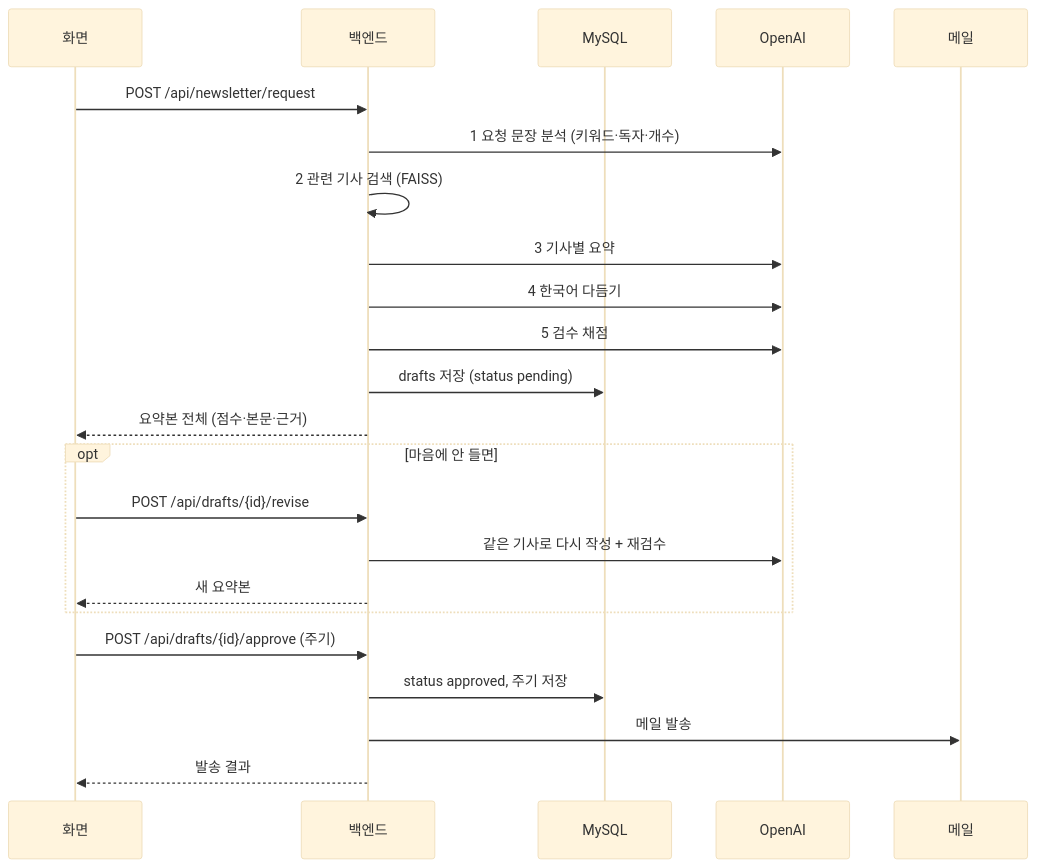
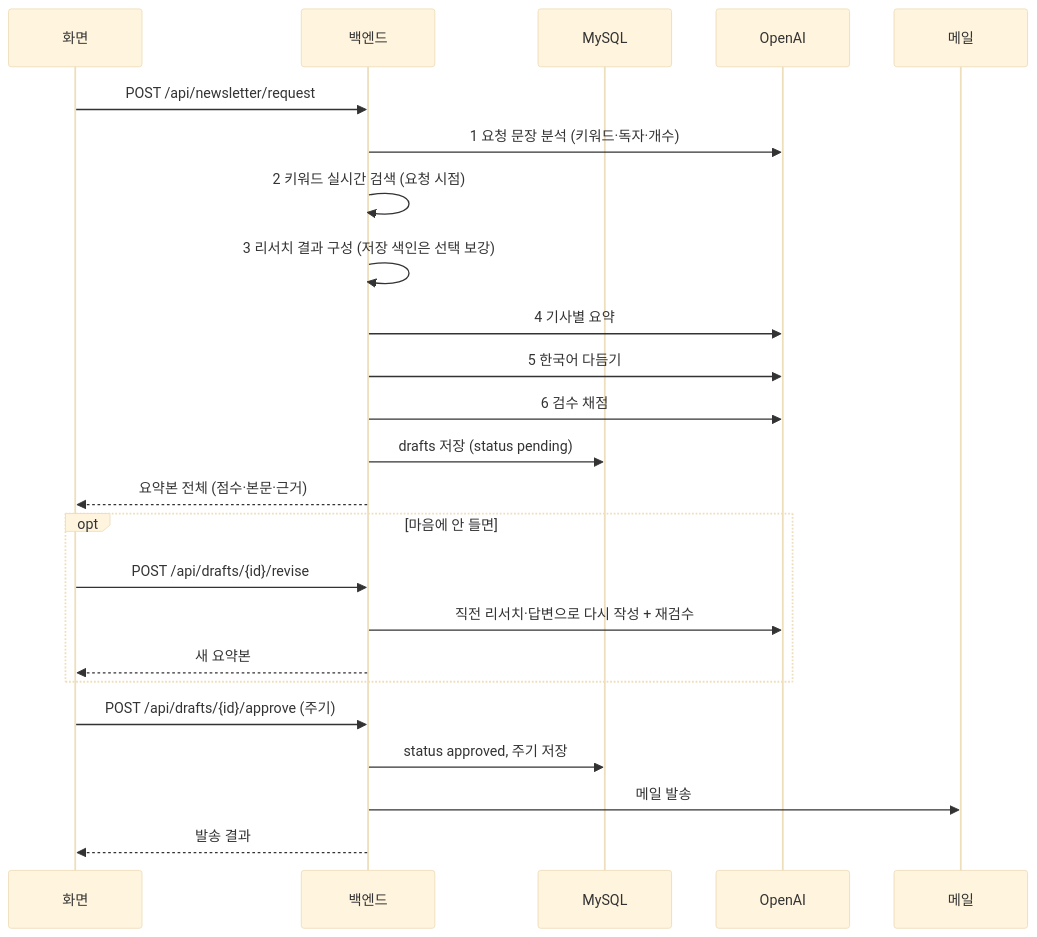
The third of 5 diagrams in ARCHITECTURE.md (chois9105/mulcam), drawn with Mermaid (base theme) before and after one commit. The commit also changed 12 other files, not shown here.

````diff
--- a/ARCHITECTURE.md
+++ b/ARCHITECTURE.md
@@ -255,28 +255,29 @@
 ```mermaid
 sequenceDiagram
     participant F as 화면
     participant B as 백엔드
     participant D as MySQL
     participant L as OpenAI
     participant M as 메일
 
     F->>B: POST /api/newsletter/request
     B->>L: 1 요청 문장 분석 (키워드·독자·개수)
-    B->>B: 2 관련 기사 검색 (FAISS)
-    B->>L: 3 기사별 요약
-    B->>L: 4 한국어 다듬기
-    B->>L: 5 검수 채점
+    B->>B: 2 키워드 실시간 검색 (요청 시점)
+    B->>B: 3 리서치 결과 구성 (저장 색인은 선택 보강)
+    B->>L: 4 기사별 요약
+    B->>L: 5 한국어 다듬기
+    B->>L: 6 검수 채점
     B->>D: drafts 저장 (status pending)
     B-->>F: 요약본 전체 (점수·본문·근거)
 
     opt 마음에 안 들면
         F->>B: POST /api/drafts/{id}/revise
-        B->>L: 같은 기사로 다시 작성 + 재검수
+        B->>L: 직전 리서치·답변으로 다시 작성 + 재검수
         B-->>F: 새 요약본
     end
 
     F->>B: POST /api/drafts/{id}/approve (주기)
     B->>D: status approved, 주기 저장
     B->>M: 메일 발송
     B-->>F: 발송 결과
 ```
````
